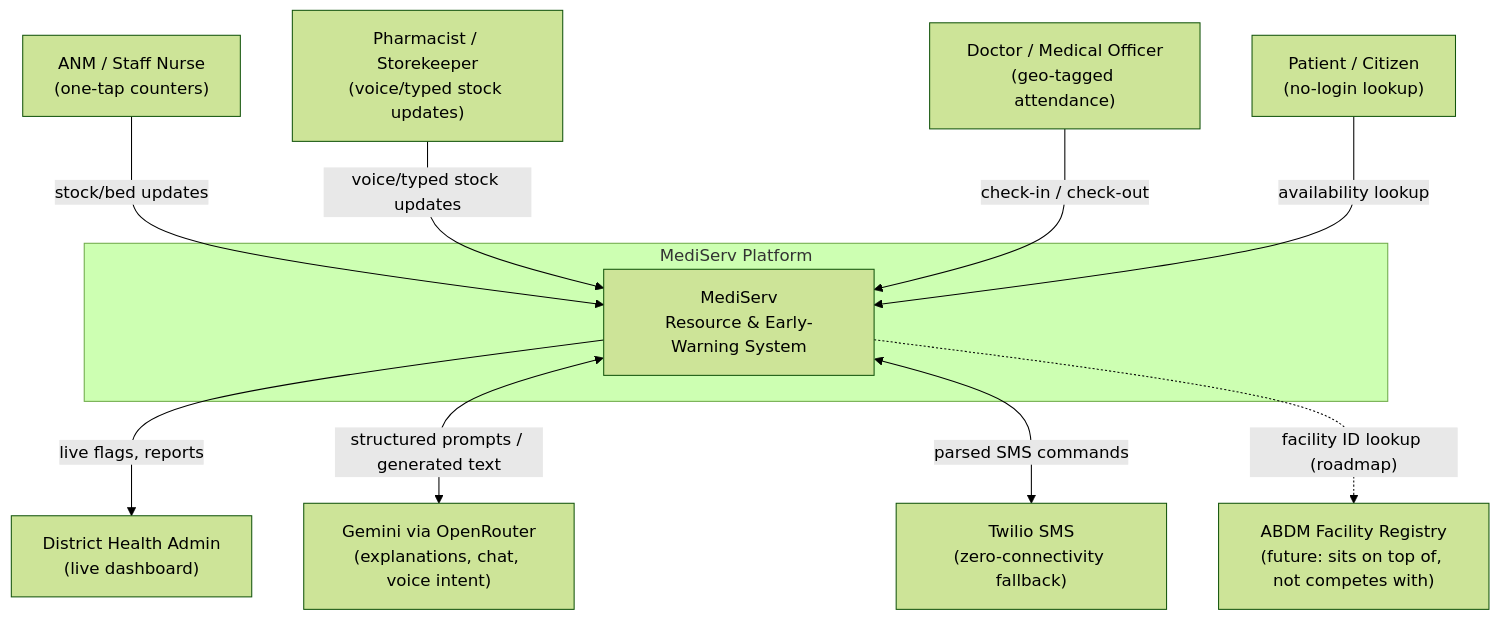
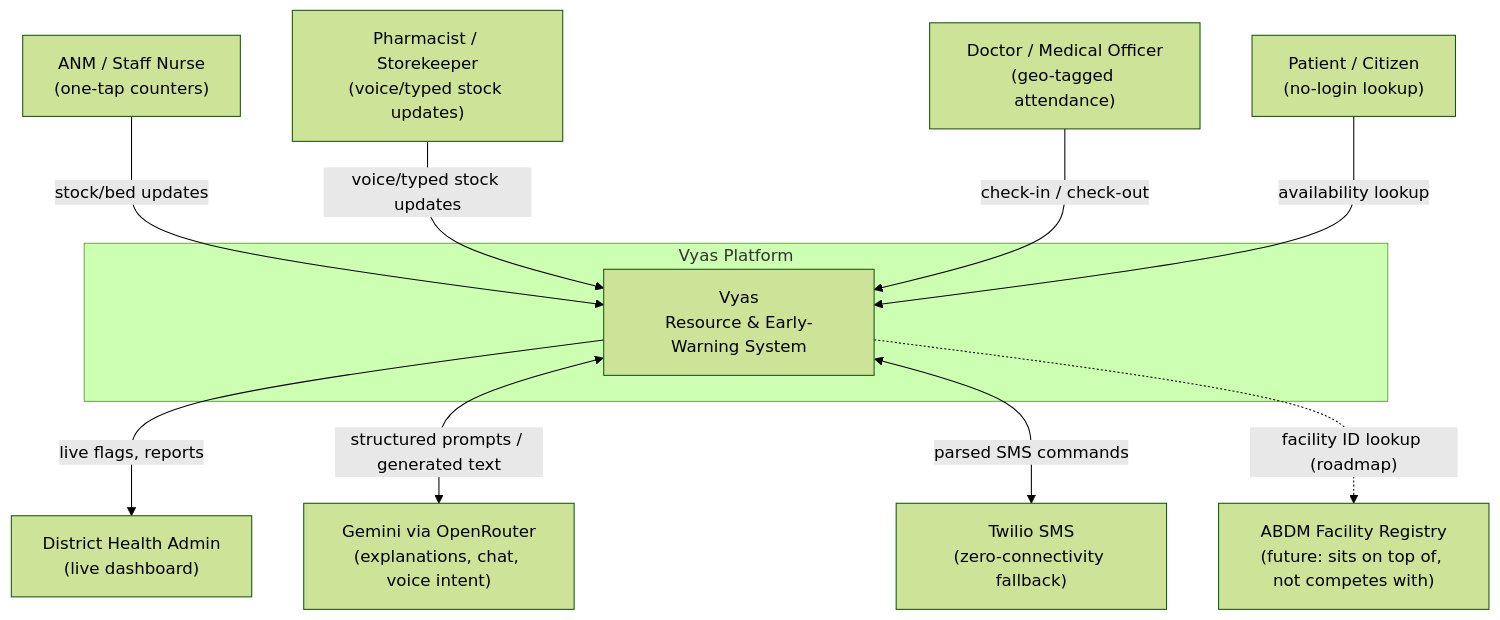
The first of 7 diagrams in DESIGN.md (PulkitPradhan/Vyas), drawn with Mermaid (forest theme) before and after one commit. The commit also changed other lines of this file and 34 other files, not shown here.

````diff
--- a/DESIGN.md
+++ b/DESIGN.md
@@ -59,26 +59,26 @@
 ```mermaid
 flowchart TB
     Nurse["ANM / Staff Nurse<br/>(one-tap counters)"]
     Pharmacist["Pharmacist / Storekeeper<br/>(voice/typed stock updates)"]
     Doctor["Doctor / Medical Officer<br/>(geo-tagged attendance)"]
     Patient["Patient / Citizen<br/>(no-login lookup)"]
     Admin["District Health Admin<br/>(live dashboard)"]
 
-    subgraph MediServ["MediServ Platform"]
-        System["MediServ<br/>Resource & Early-Warning System"]
+    subgraph Vyas["Vyas Platform"]
+        System["Vyas<br/>Resource & Early-Warning System"]
     end
 
     Gemini["Gemini via OpenRouter<br/>(explanations, chat, voice intent)"]
     Twilio["Twilio SMS<br/>(zero-connectivity fallback)"]
     ABDM["ABDM Facility Registry<br/>(future: sits on top of, not competes with)"]
 
     Nurse -->|"stock/bed updates"| System
     Pharmacist -->|"voice/typed stock updates"| System
     Doctor -->|"check-in / check-out"| System
     Patient -->|"availability lookup"| System
     System -->|"live flags, reports"| Admin
 
     System <-->|"structured prompts / generated text"| Gemini
     System <-->|"parsed SMS commands"| Twilio
     System -.->|"facility ID lookup (roadmap)"| ABDM
 ```
````
